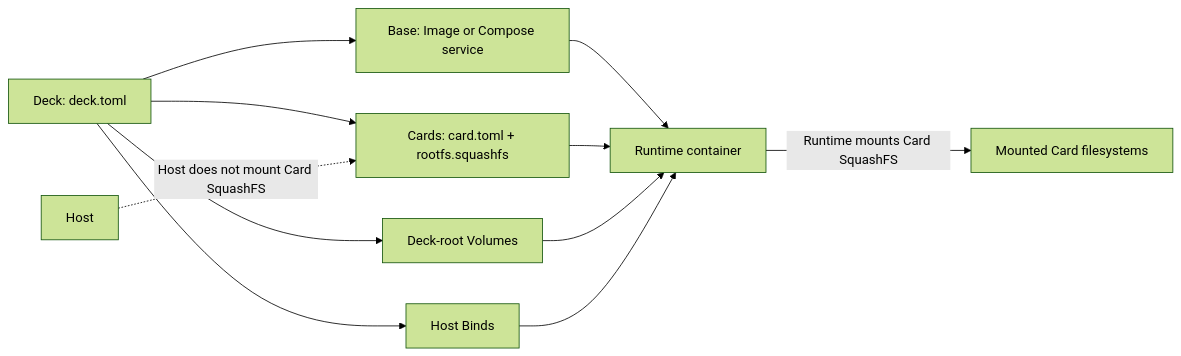
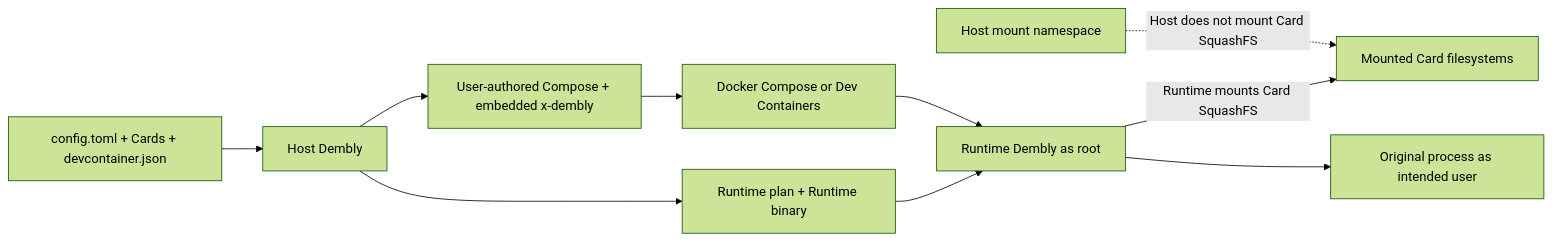
One commit to taturou/dembly changed the diagram in README-ja.md. Above: the diagram before and after it, drawn with Mermaid (forest theme). The commit also changed other lines of this file and 13 other files, not shown here.

First line of the commit message:
docs: adopt native compose workflow

````diff
--- a/README-ja.md
+++ b/README-ja.md
@@ -71,13 +85,12 @@
 ```mermaid
 flowchart LR
-  Deck[Deck: deck.toml] --> Base[Base: Image or Compose service]
-  Deck --> Cards[Cards: card.toml + rootfs.squashfs]
-  Deck --> Volumes[Deck-root Volumes]
-  Deck --> Binds[Host Binds]
-  Base --> Runtime[Runtime container]
-  Cards --> Runtime
-  Volumes --> Runtime
-  Binds --> Runtime
-  Runtime -->|Runtime mounts Card SquashFS| Mounted[Mounted Card filesystems]
-  Host[Host] -.->|Host does not mount Card SquashFS| Cards
+  Inputs[config.toml + Cards + devcontainer.json] --> Host[Host Dembly]
+  Host --> Compose[User-authored Compose + embedded x-dembly]
+  Host --> Plan[Runtime plan + Runtime binary]
+  Compose --> Native[Docker Compose or Dev Containers]
+  Plan --> Runtime[Runtime Dembly as root]
+  Native --> Runtime
+  Runtime -->|Runtime mounts Card SquashFS| Cards[Mounted Card filesystems]
+  Runtime --> User[Original process as intended user]
+  HostNS[Host mount namespace] -.->|Host does not mount Card SquashFS| Cards
 ```
````
